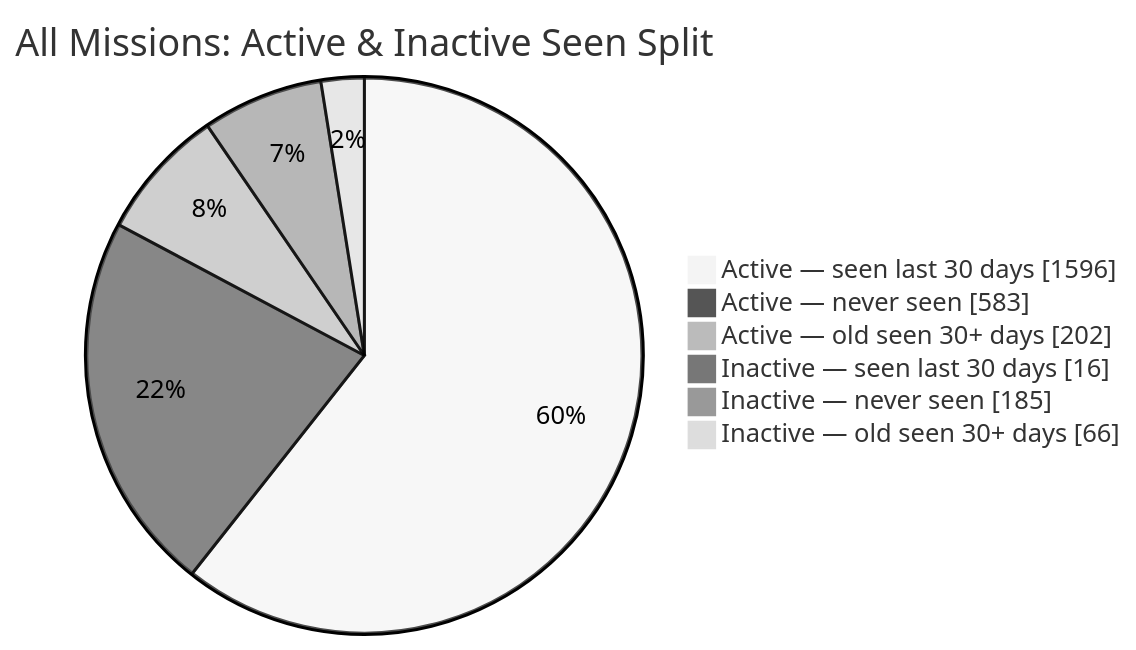
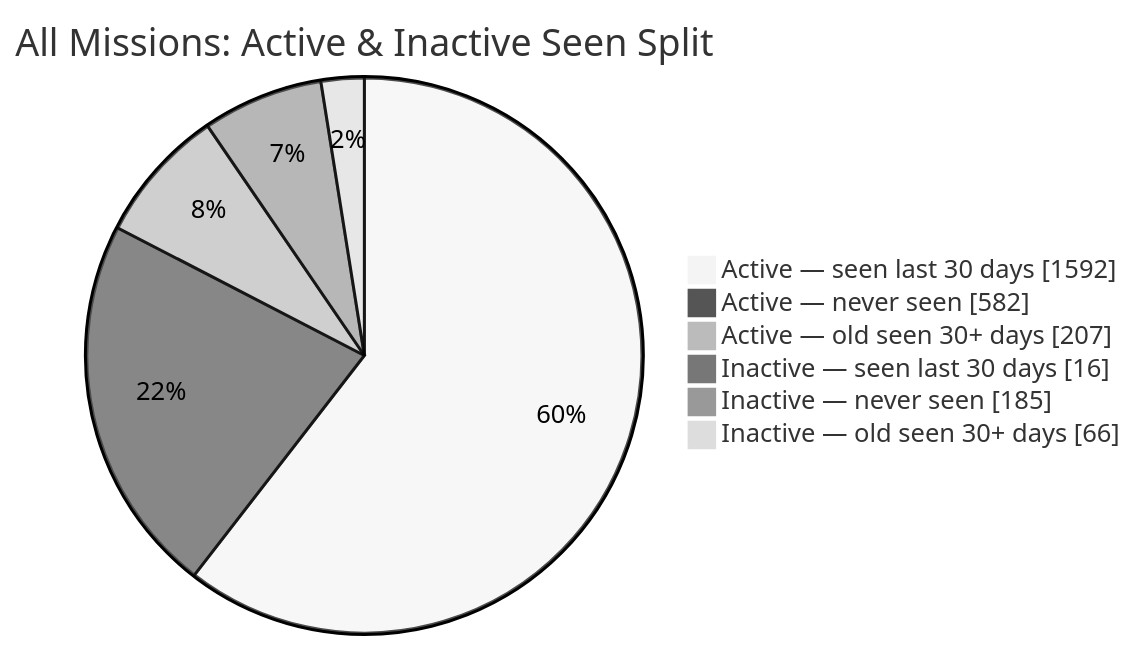
The second of 2 diagrams in README.md (MeldkamerspelGameTeam/active-missions), drawn with Mermaid (neutral theme) before and after one commit. The commit also changed other lines of this file and 4 other files, not shown here.

````diff
--- a/README.md
+++ b/README.md
@@ -44,10 +44,10 @@
 ```mermaid
 pie showData
     title All Missions: Active & Inactive Seen Split
-    "Active — seen last 30 days" : 1596
-    "Active — never seen" : 583
-    "Active — old seen 30+ days" : 202
+    "Active — seen last 30 days" : 1592
+    "Active — never seen" : 582
+    "Active — old seen 30+ days" : 207
     "Inactive — seen last 30 days" : 16
     "Inactive — never seen" : 185
     "Inactive — old seen 30+ days" : 66
 ```
````
